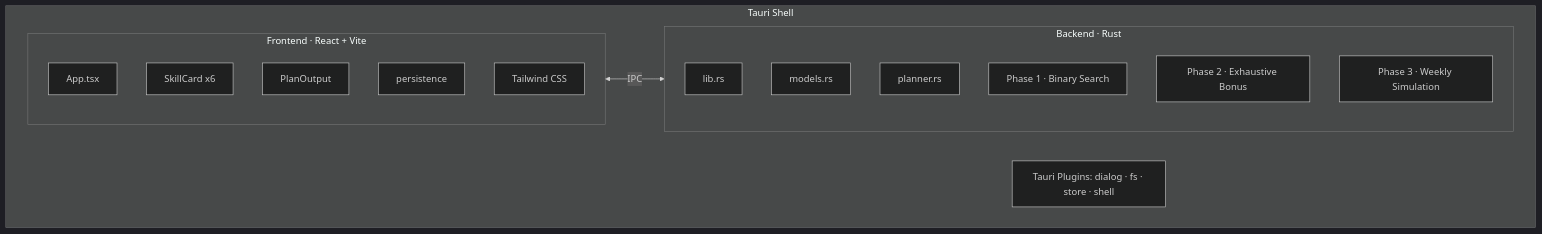
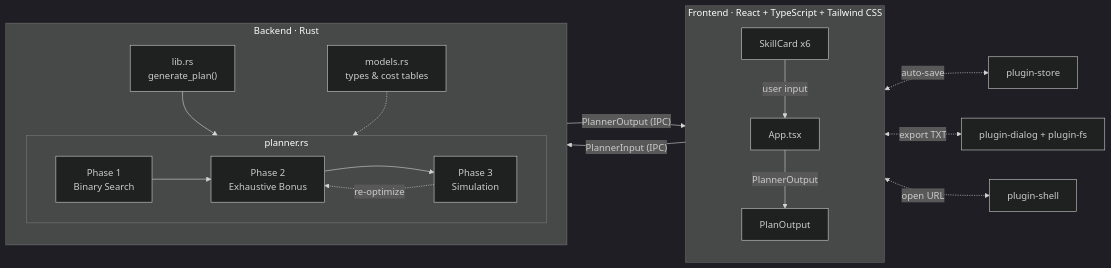
The diagram in README.md (yuman07/WenjianSkill), drawn with Mermaid (dark theme) before and after one commit.

Commit message:
Improve Mermaid architecture diagram with accurate dependencies
- Show data flow arrows between components (not just listed nodes)
- Show IPC boundary with typed payloads (PlannerInput/PlannerOutput)
- Show Phase 1 -> 2 -> 3 pipeline with re-optimization loop
- Connect each Tauri plugin to its actual consumer
- Remove non-architectural nodes (Tailwind CSS, persistence util)
- Show models.rs as a dependency of planner.rs

````diff
--- a/README.md
+++ b/README.md
@@ -132,23 +132,26 @@
 ```mermaid
-graph TB
-    subgraph Tauri["Tauri Shell"]
-        direction LR
-        subgraph Frontend["Frontend · React + Vite"]
-            App["App.tsx"]
-            SkillCard["SkillCard x6"]
-            PlanOutput["PlanOutput"]
-            Persistence["persistence"]
-            Tailwind["Tailwind CSS"]
+flowchart LR
+    subgraph Frontend["Frontend · React + TypeScript + Tailwind CSS"]
+        direction TB
+        SC["SkillCard x6"] -->|user input| App["App.tsx"]
+        App -->|PlannerOutput| PO["PlanOutput"]
+    end
+
+    App -->|"PlannerInput (IPC)"| Lib
+    Lib -->|"PlannerOutput (IPC)"| App
+
+    subgraph Backend["Backend · Rust"]
+        direction TB
+        Lib["lib.rs<br/>generate_plan()"] --> Algo
+        Models["models.rs<br/>types & cost tables"] -.-> Algo
+        subgraph Algo["planner.rs"]
+            direction LR
+            P1["Phase 1<br/>Binary Search"] --> P2["Phase 2<br/>Exhaustive Bonus"] --> P3["Phase 3<br/>Simulation"]
+            P3 -.->|re-optimize| P2
         end
-        subgraph Backend["Backend · Rust"]
-            Lib["lib.rs"]
-            Models["models.rs"]
-            Planner["planner.rs"]
-            P1["Phase 1 · Binary Search"]
-            P2["Phase 2 · Exhaustive Bonus"]
-            P3["Phase 3 · Weekly Simulation"]
-        end
-        Frontend <-->|IPC| Backend
-        Plugins["Tauri Plugins: dialog · fs · store · shell"]
     end
+
+    App <-.->|auto-save| Store["plugin-store"]
+    PO <-.->|export TXT| DFS["plugin-dialog + plugin-fs"]
+    App <-.->|open URL| Shell["plugin-shell"]
 ```
````
